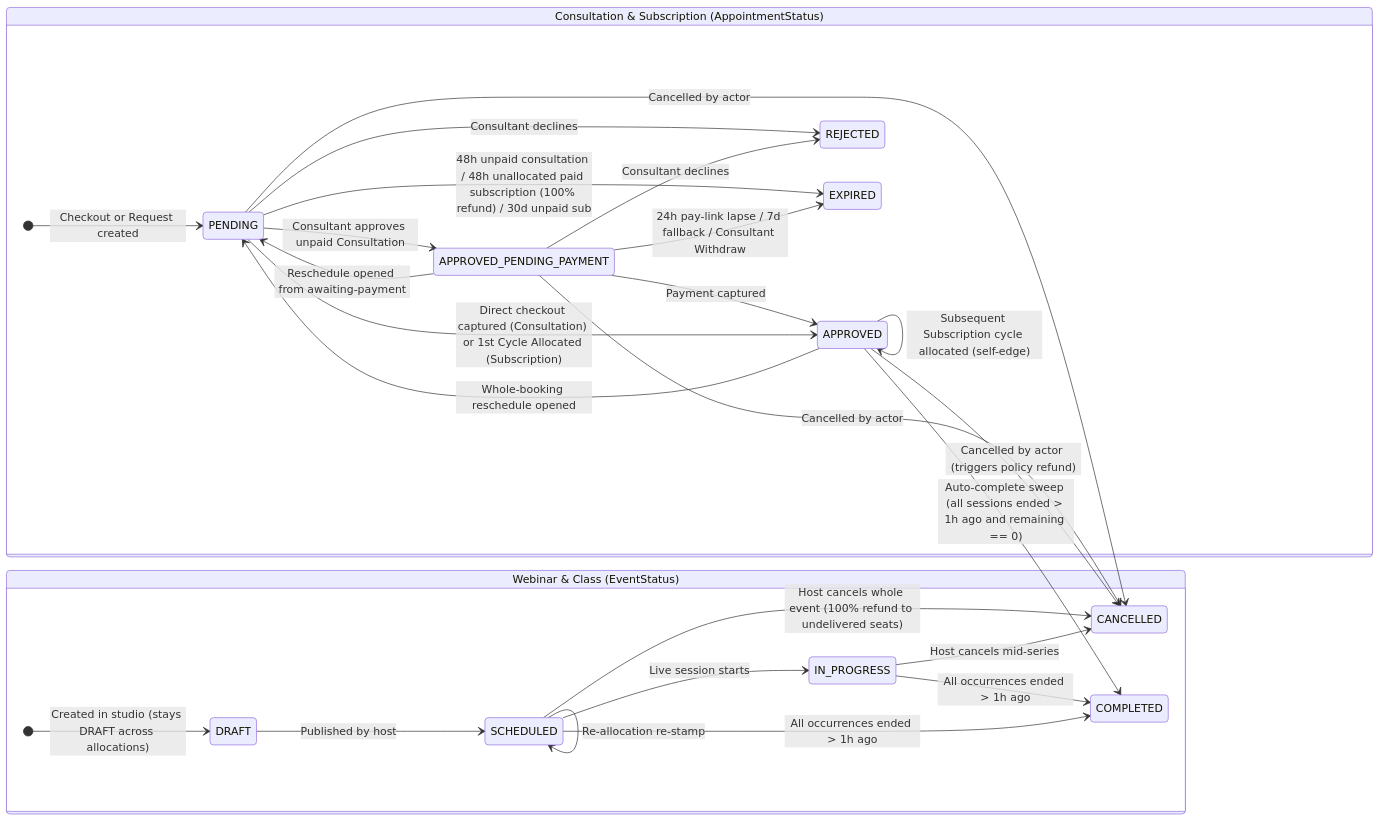
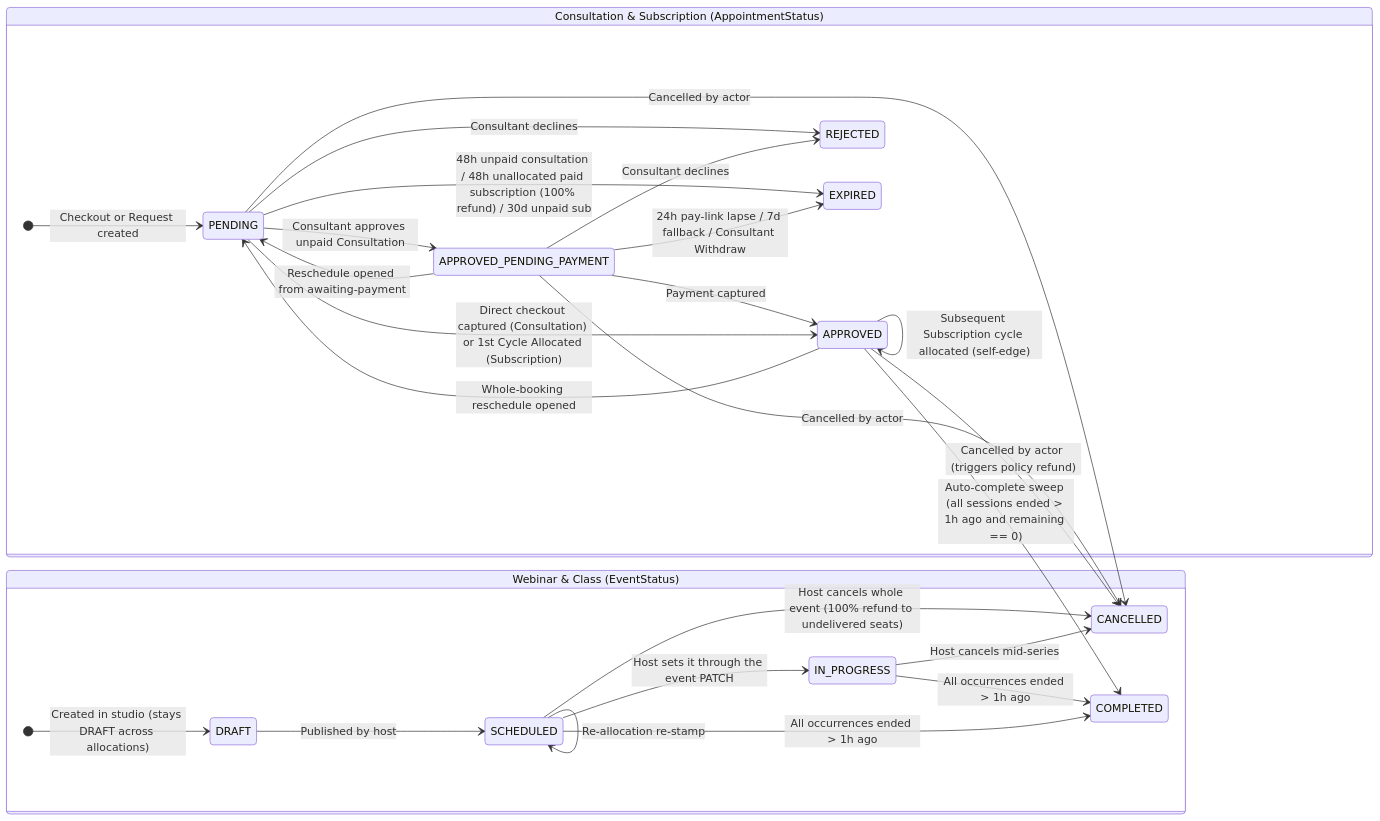
The third of 4 diagrams in docs/start-here/01-booking-system-hld.md (Practitionist/familiarise_web), drawn with Mermaid before and after one commit. The commit also changed other lines of this file and 16 other files, not shown here.

````diff
--- a/docs/start-here/01-booking-system-hld.md
+++ b/docs/start-here/01-booking-system-hld.md
@@ -250,32 +250,32 @@
 ```mermaid
 stateDiagram-v2
   direction LR
   state "Consultation & Subscription (AppointmentStatus)" as Req {
     [*] --> PENDING : Checkout or Request created
     PENDING --> APPROVED_PENDING_PAYMENT : Consultant approves unpaid Consultation
     APPROVED_PENDING_PAYMENT --> APPROVED : Payment captured
     PENDING --> APPROVED : Direct checkout captured (Consultation) or 1st Cycle Allocated (Subscription)
     APPROVED --> APPROVED : Subsequent Subscription cycle allocated (self-edge)
     APPROVED_PENDING_PAYMENT --> PENDING : Reschedule opened from awaiting-payment
     APPROVED --> PENDING : Whole-booking reschedule opened
     PENDING --> REJECTED : Consultant declines
     APPROVED_PENDING_PAYMENT --> REJECTED : Consultant declines
     PENDING --> CANCELLED : Cancelled by actor
     APPROVED_PENDING_PAYMENT --> CANCELLED : Cancelled by actor
     APPROVED --> CANCELLED : Cancelled by actor (triggers policy refund)
     PENDING --> EXPIRED : 48h unpaid consultation / 48h unallocated paid subscription (100% refund) / 30d unpaid sub
     APPROVED_PENDING_PAYMENT --> EXPIRED : 24h pay-link lapse / 7d fallback / Consultant Withdraw
     APPROVED --> COMPLETED : Auto-complete sweep (all sessions ended > 1h ago and remaining == 0)
   }
 
   state "Webinar & Class (EventStatus)" as Ev {
     [*] --> DRAFT : Created in studio (stays DRAFT across allocations)
     DRAFT --> SCHEDULED : Published by host
     SCHEDULED --> SCHEDULED : Re-allocation re-stamp
-    SCHEDULED --> IN_PROGRESS : Live session starts
+    SCHEDULED --> IN_PROGRESS : Host sets it through the event PATCH
     IN_PROGRESS --> COMPLETED : All occurrences ended > 1h ago
     SCHEDULED --> COMPLETED : All occurrences ended > 1h ago
     SCHEDULED --> CANCELLED : Host cancels whole event (100% refund to undelivered seats)
     IN_PROGRESS --> CANCELLED : Host cancels mid-series
   }
 ```
````
